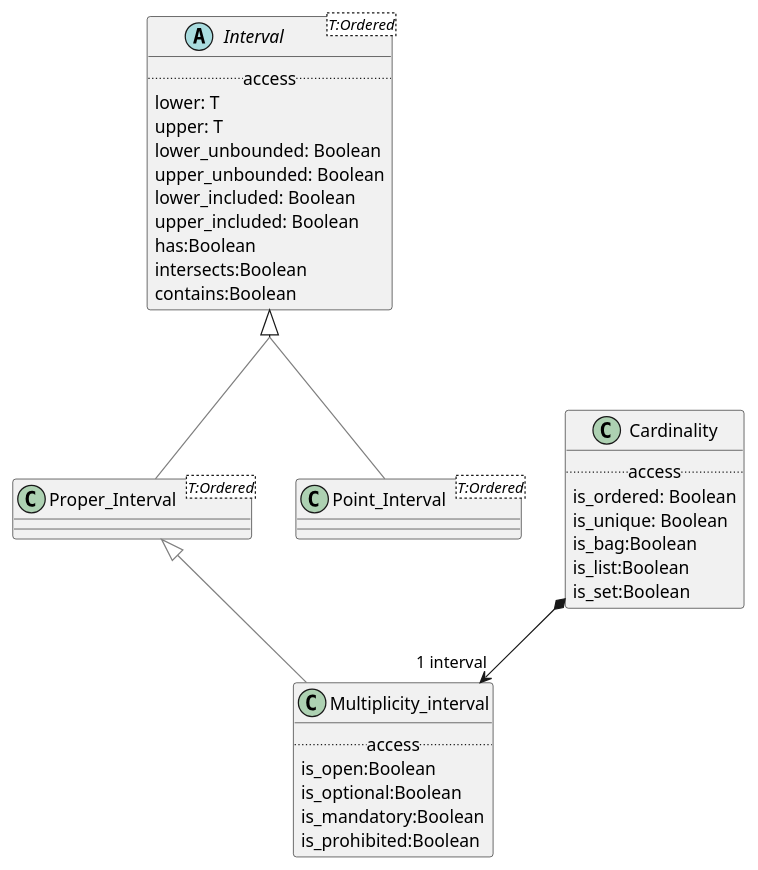
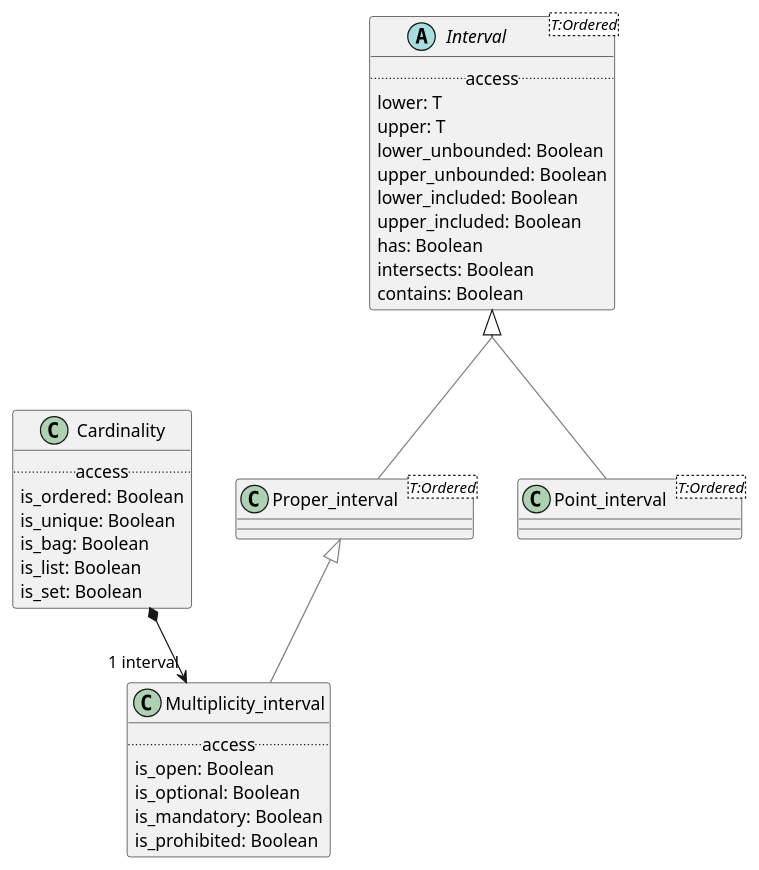
Before and after one commit to wolandscat/openehr-doc: the diagram in modules/ROOT/examples/bmm/representation/builtin_types/interval/interval-package-uml.adoc, drawn with PlantUML. The commit also changed 293 other files, not shown here.

Commit message:
Regen with tweaks to UML output and correct metatypes for nested generics.

```diff
--- a/modules/ROOT/examples/bmm/representation/builtin_types/interval/interval-package-uml.adoc
+++ b/modules/ROOT/examples/bmm/representation/builtin_types/interval/interval-package-uml.adoc
@@ -3,56 +3,56 @@
 [plantuml,opts=interactive,link=self]
 ....
 skinparam groupInheritance 2
 skinparam citedClassColor #FDFDFD
 
 
-class Multiplicity_interval [[/openehr-doc/latest/representation/builtin_types-gen.html#_class_multiplicity_interval]] {
-        .. access ..
-        is_open:Boolean
-        is_optional:Boolean
-        is_mandatory:Boolean
-        is_prohibited:Boolean
+class Point_interval<T:Ordered> [[/openehr-doc/latest/representation/builtin_types-gen.html#_class_point_interval]] {
 }
 
-Multiplicity_interval -[#gray]up-|> Proper_Interval  
-
-
-class Proper_Interval<T:Ordered> [[/openehr-doc/latest/representation/builtin_types-gen.html#_class_proper_interval]] {
-}
-
-Proper_Interval -[#gray]up-|> Interval  
+Point_interval -[#gray]up-|> Interval  
 
 
 class Cardinality [[/openehr-doc/latest/representation/builtin_types-gen.html#_class_cardinality]] {
         .. access ..
         is_ordered: Boolean
         is_unique: Boolean
-        is_bag:Boolean
-        is_list:Boolean
-        is_set:Boolean
+        is_bag: Boolean
+        is_list: Boolean
+        is_set: Boolean
 }
 
 
 Cardinality *--> "1 interval" Multiplicity_interval
 
-class Point_Interval<T:Ordered> [[/openehr-doc/latest/representation/builtin_types-gen.html#_class_point_interval]] {
+class Proper_interval<T:Ordered> [[/openehr-doc/latest/representation/builtin_types-gen.html#_class_proper_interval]] {
 }
 
-Point_Interval -[#gray]up-|> Interval  
+Proper_interval -[#gray]up-|> Interval  
+
+
+class Multiplicity_interval [[/openehr-doc/latest/representation/builtin_types-gen.html#_class_multiplicity_interval]] {
+        .. access ..
+        is_open: Boolean
+        is_optional: Boolean
+        is_mandatory: Boolean
+        is_prohibited: Boolean
+}
+
+Multiplicity_interval -[#gray]up-|> Proper_interval  
 
 
 abstract class Interval<T:Ordered> [[/openehr-doc/latest/representation/builtin_types-gen.html#_class_interval]] {
         .. access ..
         lower: T
         upper: T
         lower_unbounded: Boolean
         upper_unbounded: Boolean
         lower_included: Boolean
         upper_included: Boolean
-        has:Boolean
-        intersects:Boolean
-        contains:Boolean
+        has: Boolean
+        intersects: Boolean
+        contains: Boolean
 }
 
 
 ....
```
